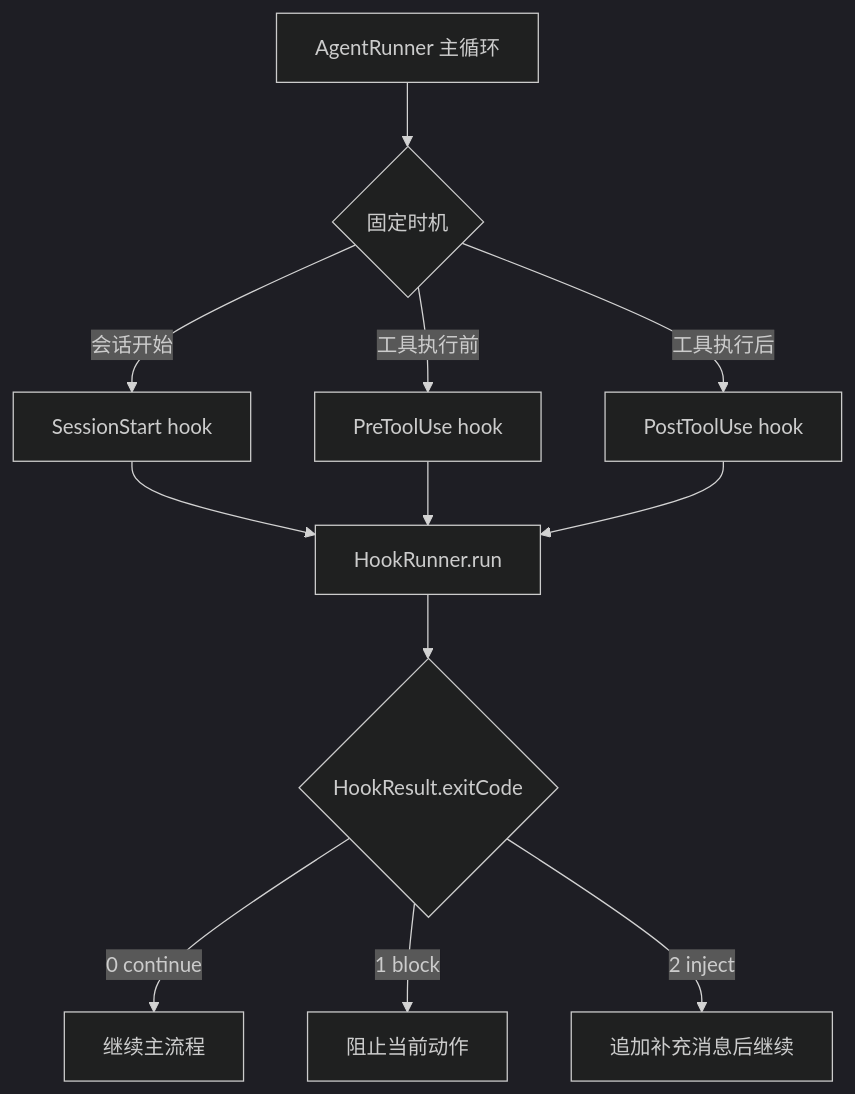
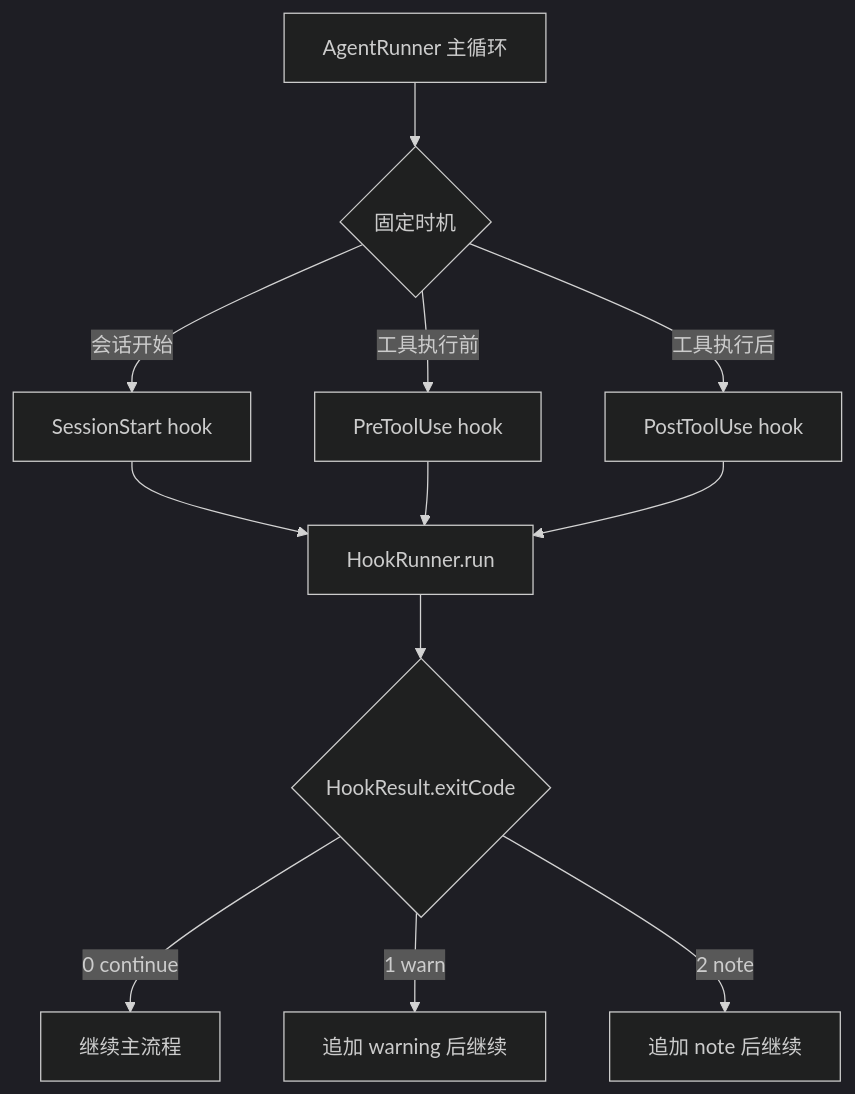
Before and after one commit to RicardosRoss/ts-learn-claude-code: the first of 2 diagrams in docs/feat/s08-hooks-development.md, drawn with Mermaid (dark theme). The commit also changed other lines of this file and 10 other files, not shown here.

````diff
--- a/docs/feat/s08-hooks-development.md
+++ b/docs/feat/s08-hooks-development.md
@@ -18,14 +18,14 @@
 ```mermaid
 flowchart TD
     A[AgentRunner 主循环] --> B{固定时机}
     B -->|会话开始| C[SessionStart hook]
     B -->|工具执行前| D[PreToolUse hook]
     B -->|工具执行后| E[PostToolUse hook]
     C --> F[HookRunner.run]
     D --> F
     E --> F
     F --> G{HookResult.exitCode}
     G -->|0 continue| H[继续主流程]
-    G -->|1 block| I[阻止当前动作]
-    G -->|2 inject| J[追加补充消息后继续]
+    G -->|1 warn| I[追加 warning 后继续]
+    G -->|2 note| J[追加 note 后继续]
 ```
````
